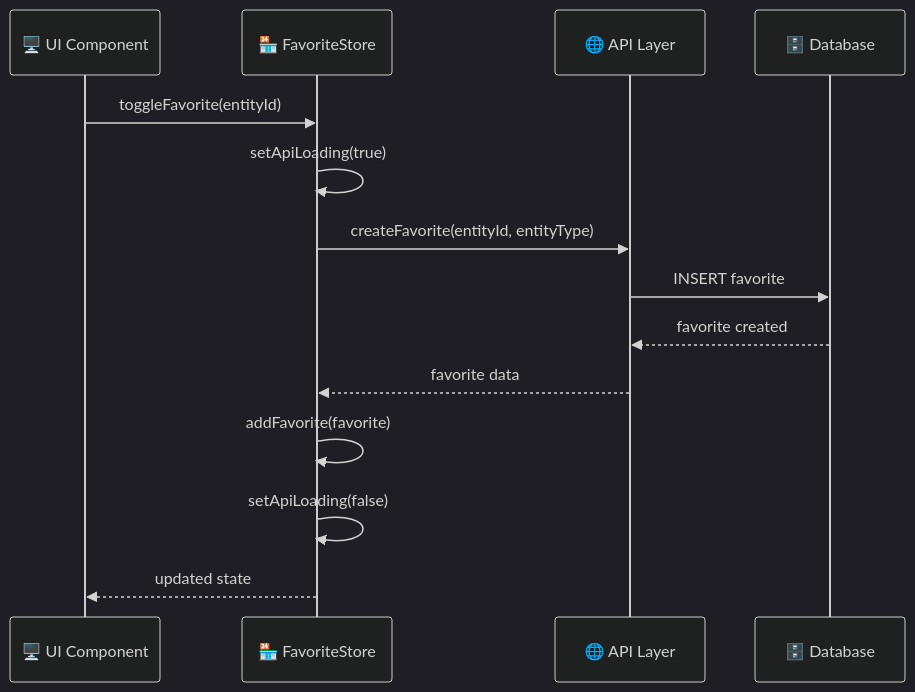
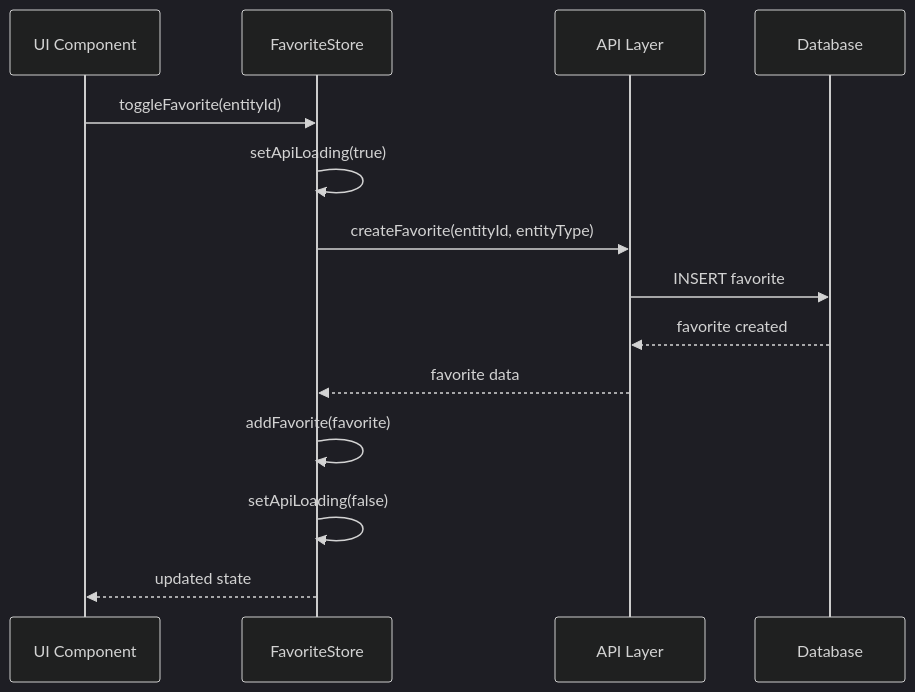
The second of 3 diagrams in src/store/entities/favorite/README.md (gvastethecreator/media-manager), drawn with Mermaid (dark theme) before and after one commit. The commit also changed other lines of this file and 104 other files, not shown here.

Commit message:
docs: initialize comprehensive architectural documentation and component-level README files across the repository.

````diff
--- a/src/store/entities/favorite/README.md
+++ b/src/store/entities/favorite/README.md
@@ -231,17 +233,17 @@
 ```mermaid
 sequenceDiagram
-    participant UI as 🖥️ UI Component
-    participant Store as 🏪 FavoriteStore
-    participant API as 🌐 API Layer
-    participant DB as 🗄️ Database
+    participant UI as UI Component
+    participant Store as FavoriteStore
+    participant API as API Layer
+    participant DB as Database
 
     UI->>Store: toggleFavorite(entityId)
     Store->>Store: setApiLoading(true)
     Store->>API: createFavorite(entityId, entityType)
     API->>DB: INSERT favorite
     DB-->>API: favorite created
     API-->>Store: favorite data
     Store->>Store: addFavorite(favorite)
     Store->>Store: setApiLoading(false)
     Store-->>UI: updated state
 ```
````
